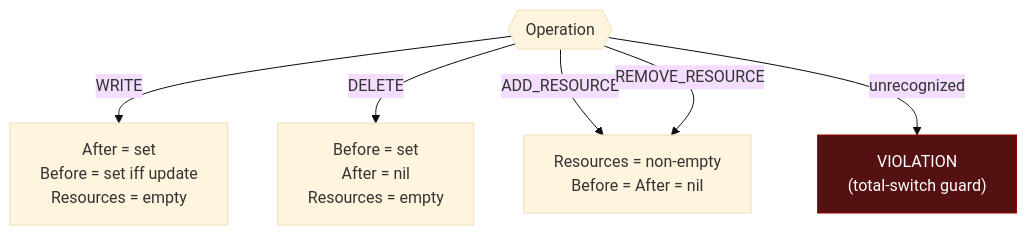
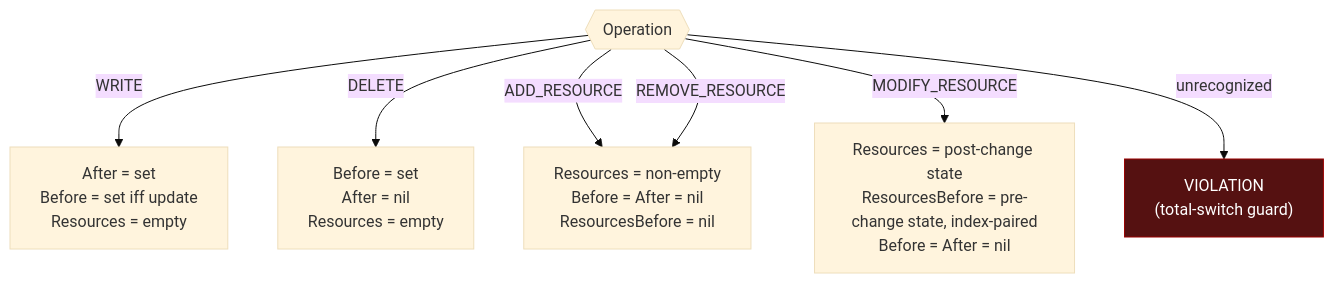
One commit to chainguard-dev/sdk changed the third of 3 diagrams in events/entitlements/CONTRACT.md. Above: the diagram before and after it, drawn with Mermaid (base theme). The commit also changed other lines of this file and 2 other files, not shown here.

First line of the commit message:
Add MODIFY_RESOURCE event operation and ImageGroup/NameUnresolved fields to the entitlement change event, for in-place resource updates.

````diff
--- a/events/entitlements/CONTRACT.md
+++ b/events/entitlements/CONTRACT.md
@@ -137,10 +173,11 @@
 ```mermaid
 flowchart TD
     A{{Operation}}
     A -->|WRITE| W["After = set<br/>Before = set iff update<br/>Resources = empty"]
     A -->|DELETE| D["Before = set<br/>After = nil<br/>Resources = empty"]
-    A -->|ADD_RESOURCE| R["Resources = non-empty<br/>Before = After = nil"]
+    A -->|ADD_RESOURCE| R["Resources = non-empty<br/>Before = After = nil<br/>ResourcesBefore = nil"]
     A -->|REMOVE_RESOURCE| R
+    A -->|MODIFY_RESOURCE| M["Resources = post-change state<br/>ResourcesBefore = pre-change state, index-paired<br/>Before = After = nil"]
     A -->|unrecognized| X["VIOLATION<br/>(total-switch guard)"]:::bad
     classDef bad fill:#551111,stroke:#900,color:#fff
 ```
````
